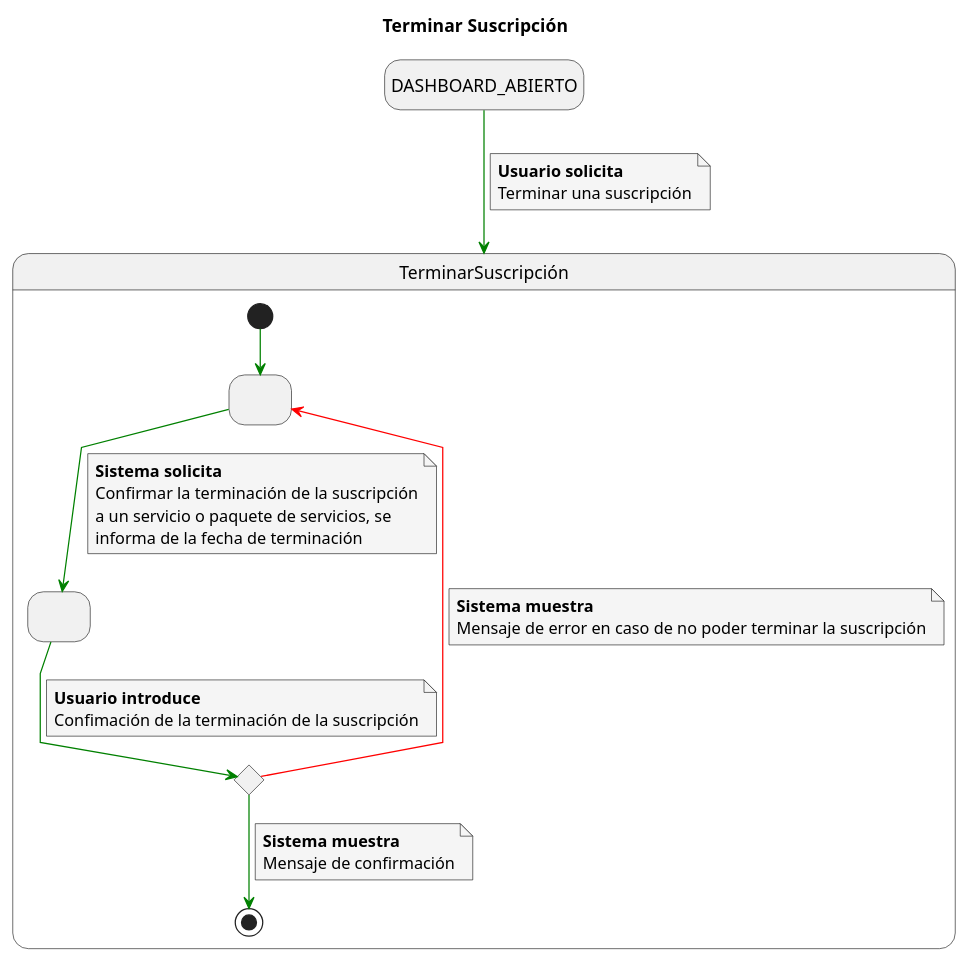
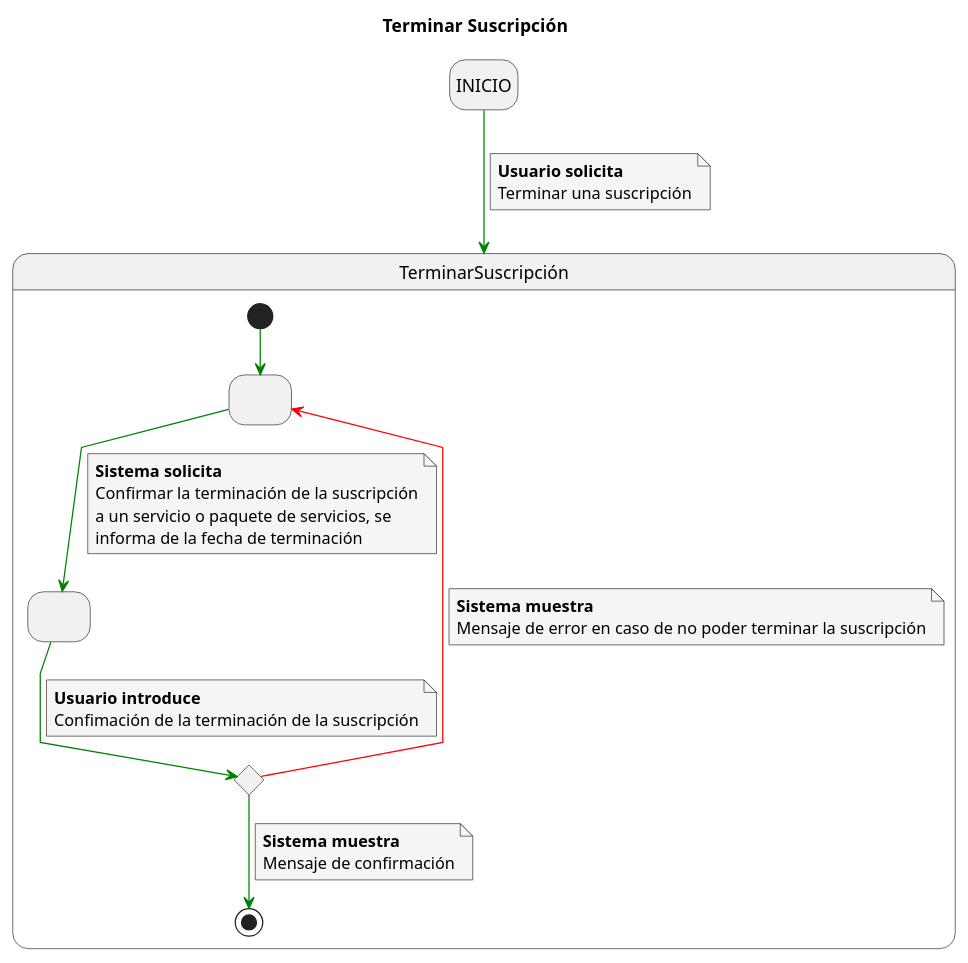
One commit to mmasias/23-24-IdSw1-SDR changed the diagram in Caso_de_Uso/Casos_de_Uso/Usuarios/Egresado/CRD_Suscripción/Terminar_Suscripción/Caso_de_Uso.puml. Above: the diagram before and after it, drawn with PlantUML. The commit also changed 45 other files, not shown here.

```diff
--- a/Caso_de_Uso/Casos_de_Uso/Usuarios/Egresado/CRD_Suscripción/Terminar_Suscripción/Caso_de_Uso.puml
+++ b/Caso_de_Uso/Casos_de_Uso/Usuarios/Egresado/CRD_Suscripción/Terminar_Suscripción/Caso_de_Uso.puml
@@ -1,49 +1,49 @@
 @startuml
 skinparam defaultFontName Arial
 skinparam NoteBackgroundColor #whiteSmoke
 skinparam ArrowColor #green
 skinparam Linetype polyline
 top to bottom direction
 
 hide empty description
 title Terminar Suscripción
 
 skinparam defaultFontName Arial
 top to bottom direction
 
-DASHBOARD_ABIERTO -down-> TerminarSuscripción
+INICIO -down-> TerminarSuscripción
 note on link
 <b>Usuario solicita</b>
 Terminar una suscripción
 end note
 
 state TerminarSuscripción{
   state 1 as " "
   state 2 as " "
   state 3 <<choice>>
   [*] --> 1
   1 --> 2
   note on link
   <b>Sistema solicita</b>
   Confirmar la terminación de la suscripción
   a un servicio o paquete de servicios, se
   informa de la fecha de terminación
   end note
   2 --> 3
   note on link
   <b>Usuario introduce</b>
   Confimación de la terminación de la suscripción
   end note
   3 -[#red]-> 1
   note on link
   <b>Sistema muestra</b>
   Mensaje de error en caso de no poder terminar la suscripción
   end note
   3 --> [*]
   note on link
   <b>Sistema muestra</b>
   Mensaje de confirmación
   end note
 }
 
 @enduml
```
